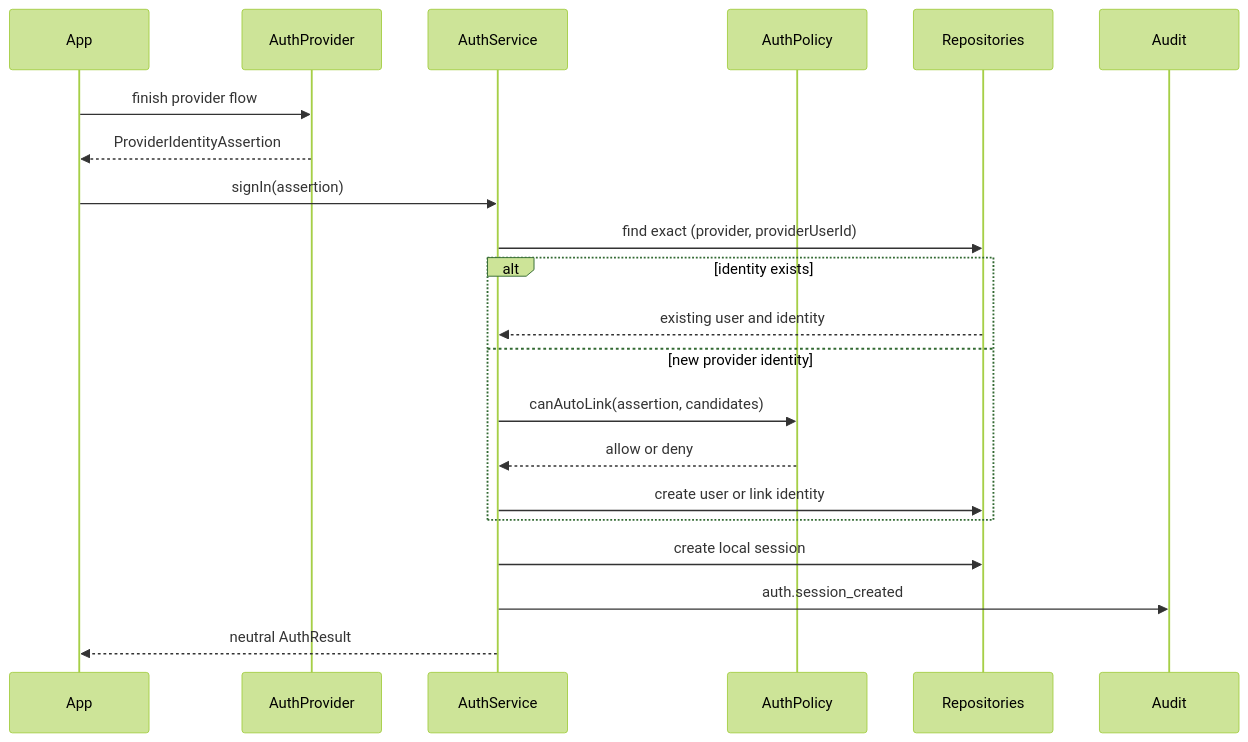
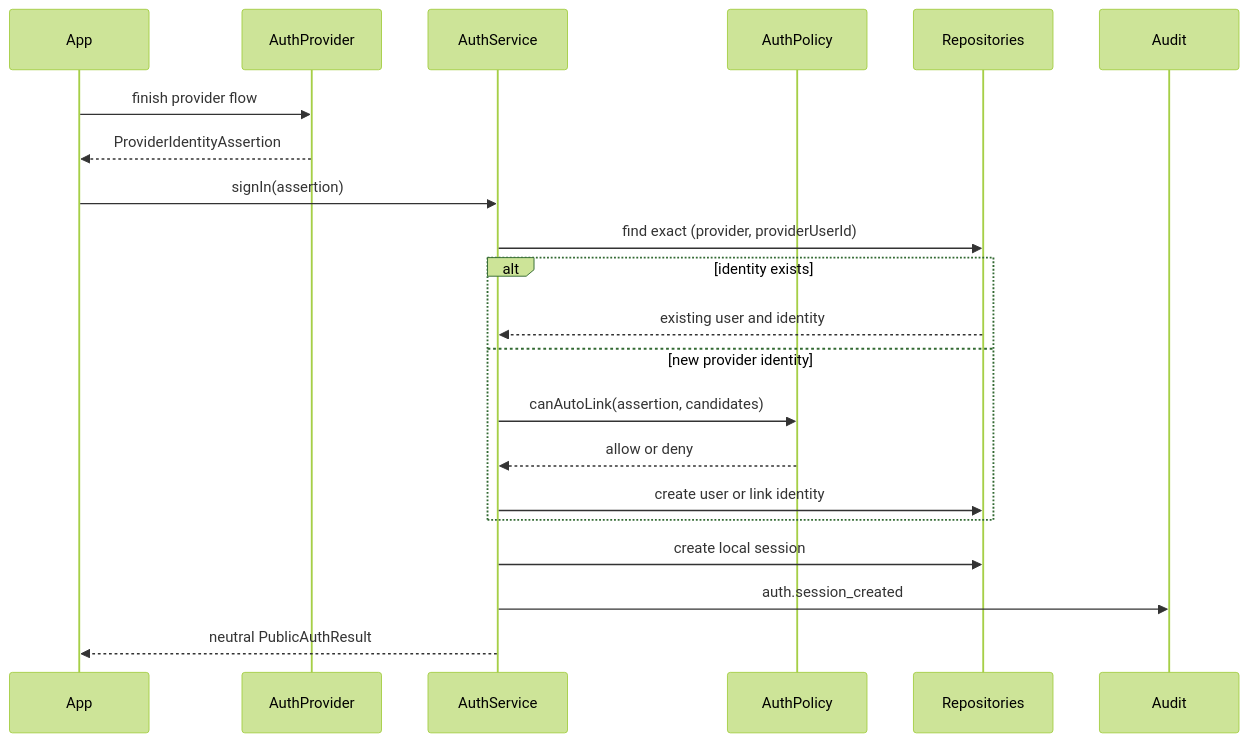
Before and after one commit to alyldas/uniauth: the second of 3 diagrams in README.md, drawn with Mermaid (forest theme). The commit also changed other lines of this file and 58 other files, not shown here.

````diff
--- a/README.md
+++ b/README.md
@@ -101,24 +128,24 @@
 ```mermaid
 sequenceDiagram
   participant App
   participant Provider as AuthProvider
   participant Service as AuthService
   participant Policy as AuthPolicy
   participant Store as Repositories
   participant Audit
 
   App->>Provider: finish provider flow
   Provider-->>App: ProviderIdentityAssertion
   App->>Service: signIn(assertion)
   Service->>Store: find exact (provider, providerUserId)
   alt identity exists
     Store-->>Service: existing user and identity
   else new provider identity
     Service->>Policy: canAutoLink(assertion, candidates)
     Policy-->>Service: allow or deny
     Service->>Store: create user or link identity
   end
   Service->>Store: create local session
   Service->>Audit: auth.session_created
-  Service-->>App: neutral AuthResult
+  Service-->>App: neutral PublicAuthResult
 ```
````
